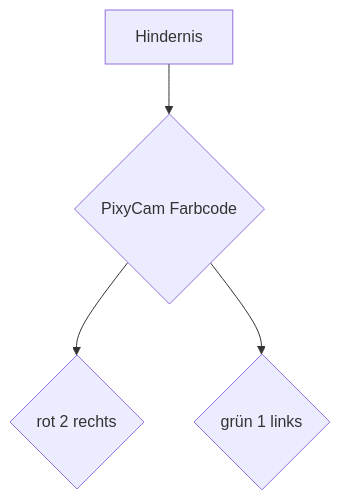
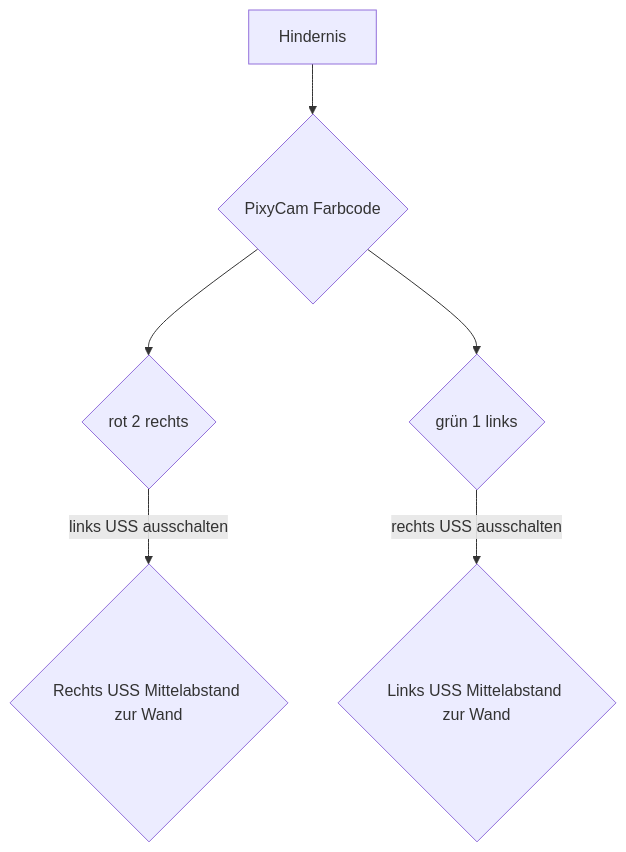
The diagram in Programme/Hindernisrennen/README.md (SchroedingersBit/PfortGTPanama), drawn with Mermaid before and after one commit.

````diff
--- a/Programme/Hindernisrennen/README.md
+++ b/Programme/Hindernisrennen/README.md
@@ -4,5 +4,6 @@
 ```mermaid
 flowchart TB;
 Hindernis --> P{PixyCam Farbcode} --> R{rot 2 rechts} & G{grün 1 links};
-
+R -->|links USS ausschalten| RU{Rechts USS Mittelabstand zur Wand};
+G -->|rechts USS ausschalten| LU{Links USS Mittelabstand zur Wand};
 ```
````
